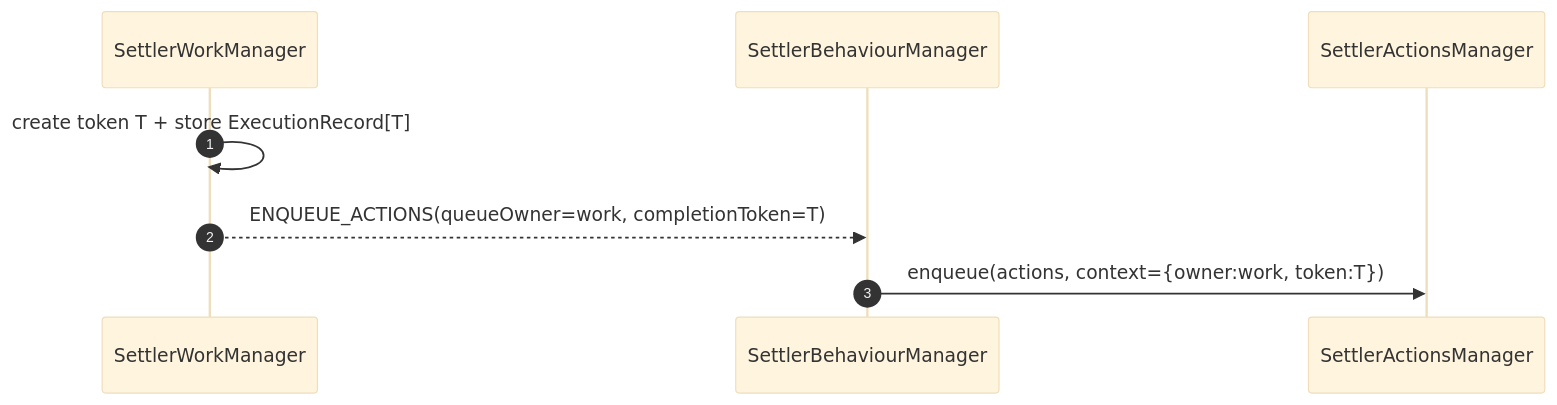
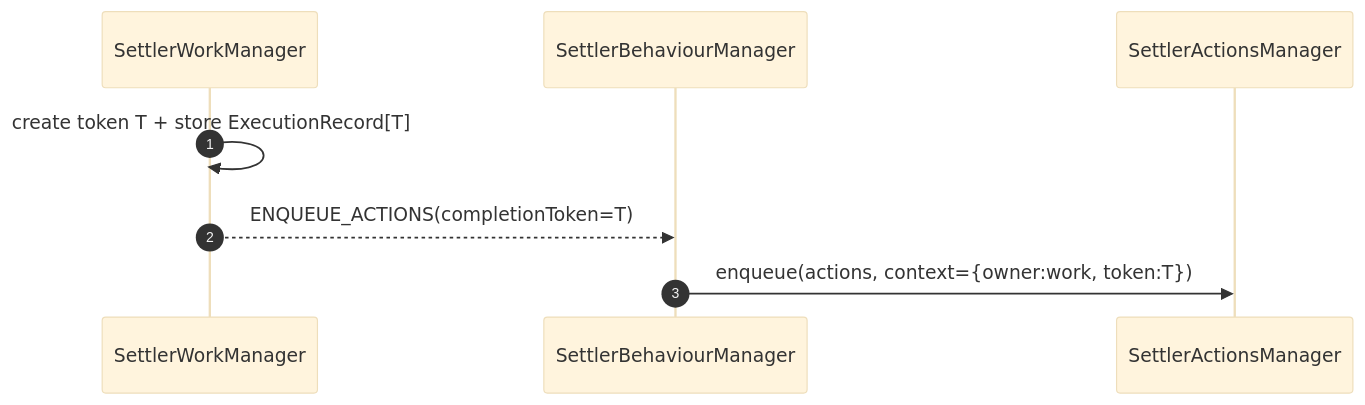
Before and after one commit to raburski/settlerpolis: the first of 4 diagrams in docs/intent_completion_token_design.md, drawn with Mermaid (base theme). The commit also changed other lines of this file and 6 other files, not shown here.

````diff
--- a/docs/intent_completion_token_design.md
+++ b/docs/intent_completion_token_design.md
@@ -92,11 +91,11 @@
 ```mermaid
 sequenceDiagram
   autonumber
   participant Work as SettlerWorkManager
   participant Beh as SettlerBehaviourManager
   participant Act as SettlerActionsManager
 
   Work->>Work: create token T + store ExecutionRecord[T]
-  Work-->>Beh: ENQUEUE_ACTIONS(queueOwner=work, completionToken=T)
+  Work-->>Beh: ENQUEUE_ACTIONS(completionToken=T)
   Beh->>Act: enqueue(actions, context={owner:work, token:T})
 ```
````
